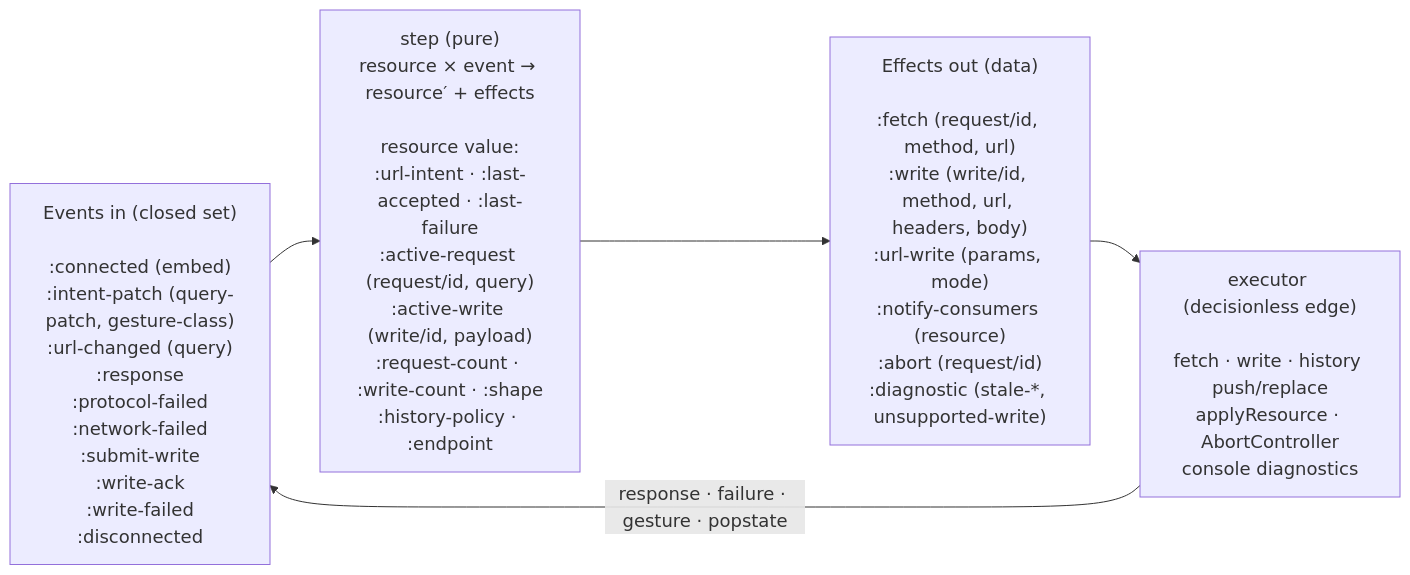
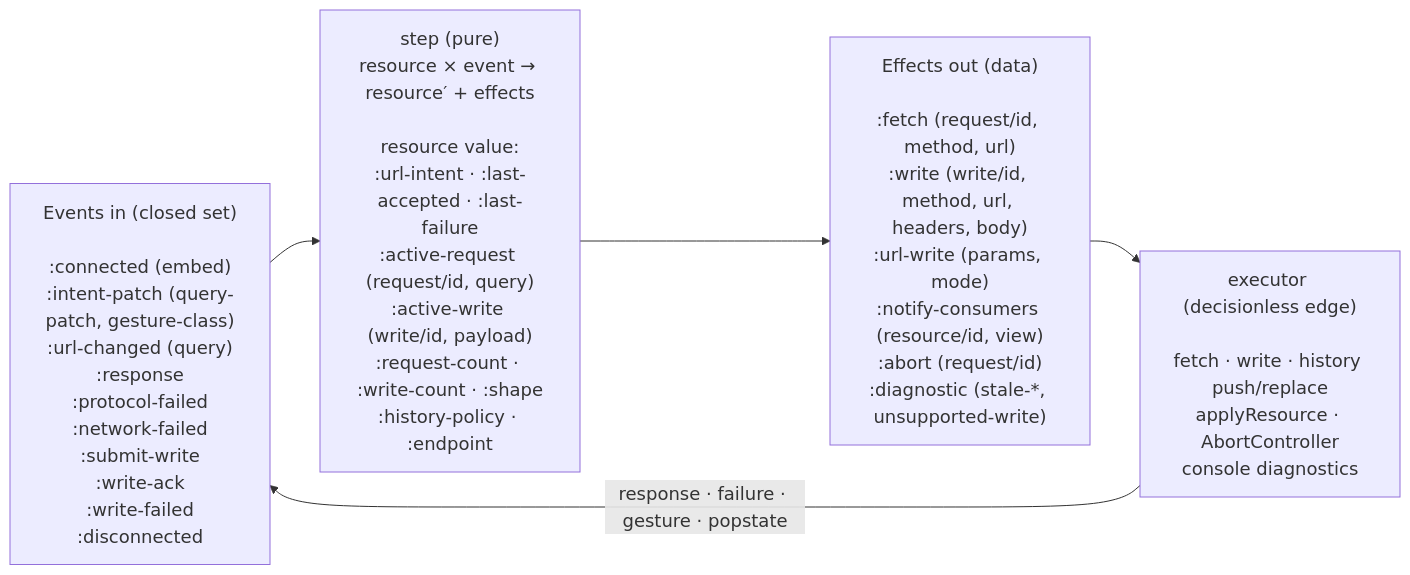
One commit to avanelsas/baredom changed the second of 2 diagrams in barebuild/README.md. Above: the diagram before and after it, drawn with Mermaid. The commit also changed 14 other files, not shown here.

````diff
--- a/barebuild/README.md
+++ b/barebuild/README.md
@@ -75,14 +75,14 @@
 ```mermaid
 %%{init: {'themeVariables': {'fontSize': '18px'}}}%%
 flowchart LR
   EVENTS["Events in (closed set)<br/><br/>:connected (embed)<br/>:intent-patch (query-patch, gesture-class)<br/>:url-changed (query)<br/>:response<br/>:protocol-failed<br/>:network-failed<br/>:submit-write<br/>:write-ack<br/>:write-failed<br/>:disconnected"]
 
   STEP["step (pure)<br/>resource × event → resource′ + effects<br/><br/>resource value:<br/>:url-intent · :last-accepted · :last-failure<br/>:active-request (request/id, query)<br/>:active-write (write/id, payload)<br/>:request-count · :write-count · :shape<br/>:history-policy · :endpoint"]
 
-  EFFECTS["Effects out (data)<br/><br/>:fetch (request/id, method, url)<br/>:write (write/id, method, url, headers, body)<br/>:url-write (params, mode)<br/>:notify-consumers (resource)<br/>:abort (request/id)<br/>:diagnostic (stale-*, unsupported-write)"]
+  EFFECTS["Effects out (data)<br/><br/>:fetch (request/id, method, url)<br/>:write (write/id, method, url, headers, body)<br/>:url-write (params, mode)<br/>:notify-consumers (resource/id, view)<br/>:abort (request/id)<br/>:diagnostic (stale-*, unsupported-write)"]
 
   EXEC["executor (decisionless edge)<br/><br/>fetch · write · history push/replace<br/>applyResource · AbortController<br/>console diagnostics"]
 
   EVENTS --> STEP --> EFFECTS --> EXEC
   EXEC -->|"response · failure · gesture · popstate"| EVENTS
 ```
````
